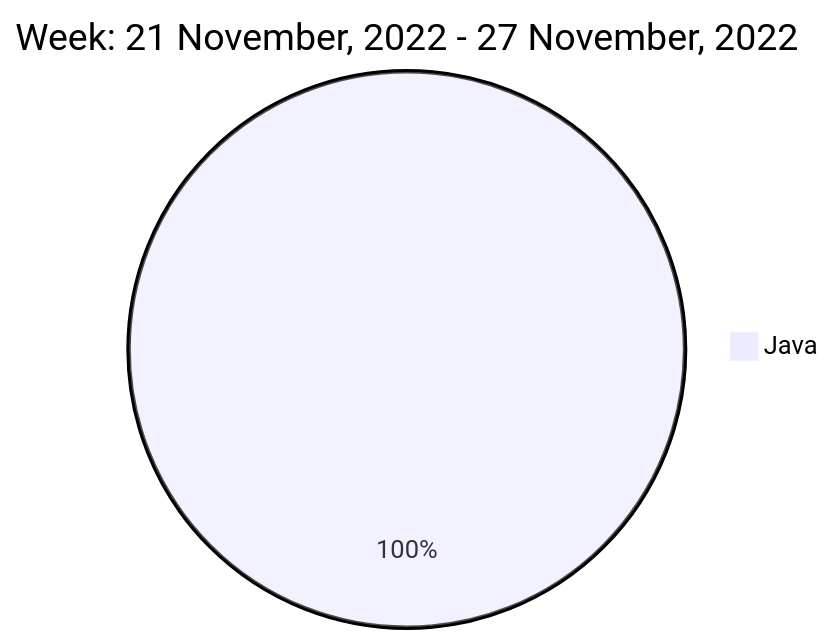
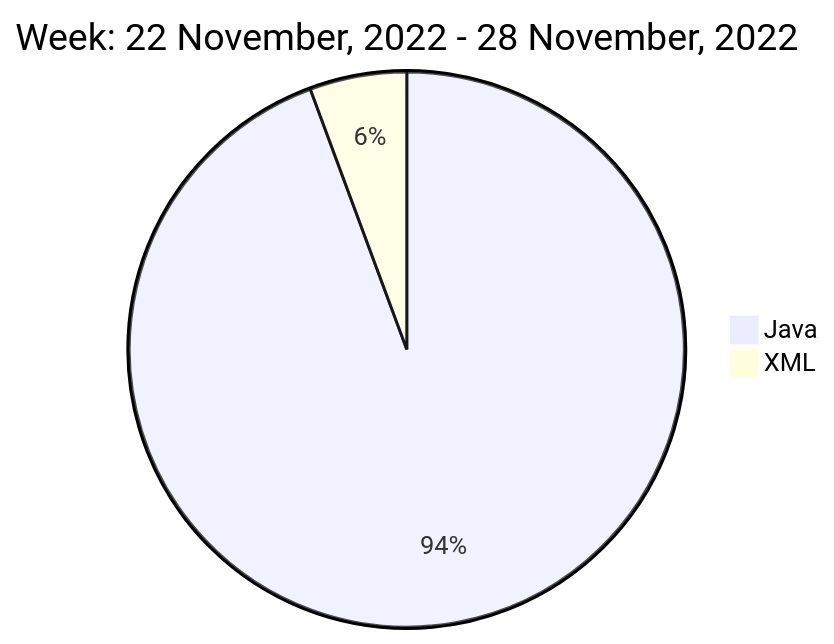
One commit to liubin95/liubin95 changed the diagram in README.md. Above: the diagram before and after it, drawn with Mermaid.

Commit message:
Updated the Graph with new Metrics

````diff
--- a/README.md
+++ b/README.md
@@ -40,5 +40,6 @@
 ```mermaid
  pie
-title Week: 21 November, 2022 - 27 November, 2022
- "Java" : 17.58
+title Week: 22 November, 2022 - 28 November, 2022
+ "Java" : 18.03
+ "XML" : 1.08
 ```
````
